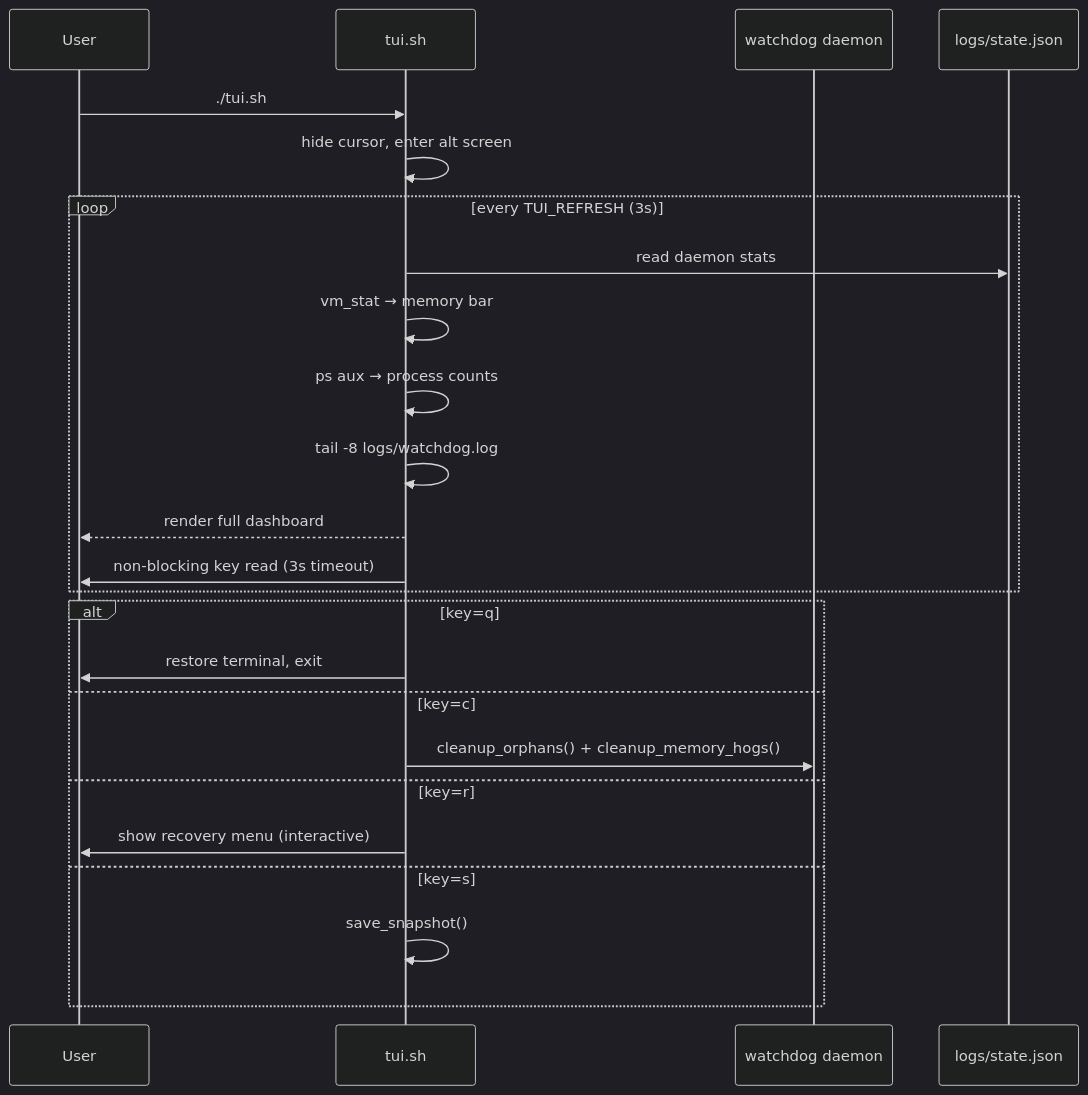
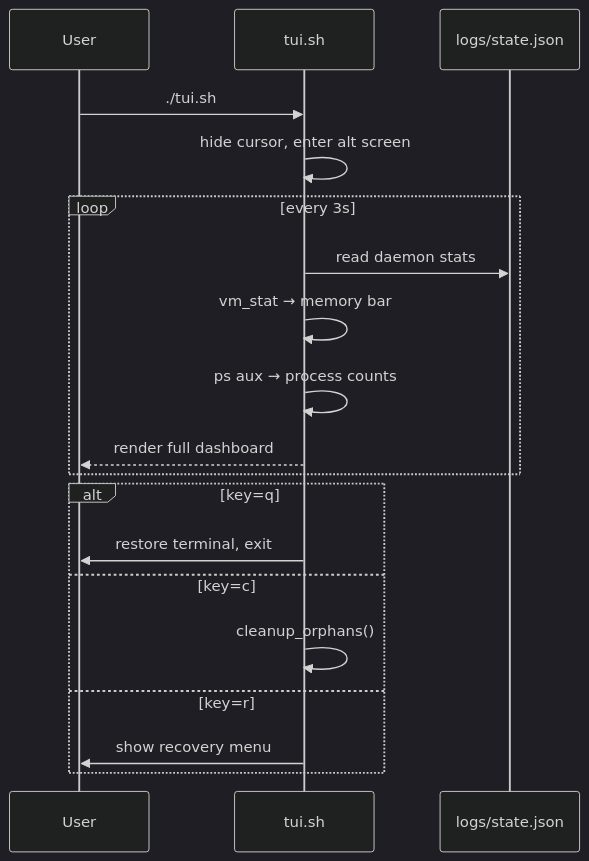
The fifth of 6 diagrams in README.md (bianbiandashen/ai-watchdog), drawn with Mermaid (dark theme) before and after one commit. The commit also changed other lines of this file and 6 other files, not shown here.

````diff
--- a/README.md
+++ b/README.md
@@ -157,29 +180,24 @@
 ```mermaid
 sequenceDiagram
     participant User
     participant TUI as tui.sh
-    participant WD as watchdog daemon
     participant STATE as logs/state.json
 
     User->>TUI: ./tui.sh
     TUI->>TUI: hide cursor, enter alt screen
 
-    loop every TUI_REFRESH (3s)
+    loop every 3s
         TUI->>STATE: read daemon stats
         TUI->>TUI: vm_stat → memory bar
         TUI->>TUI: ps aux → process counts
-        TUI->>TUI: tail -8 logs/watchdog.log
         TUI-->>User: render full dashboard
-        TUI->>User: non-blocking key read (3s timeout)
     end
 
     alt key=q
         TUI->>User: restore terminal, exit
     else key=c
-        TUI->>WD: cleanup_orphans() + cleanup_memory_hogs()
+        TUI->>TUI: cleanup_orphans()
     else key=r
-        TUI->>User: show recovery menu (interactive)
-    else key=s
-        TUI->>TUI: save_snapshot()
+        TUI->>User: show recovery menu
     end
 ```
````
